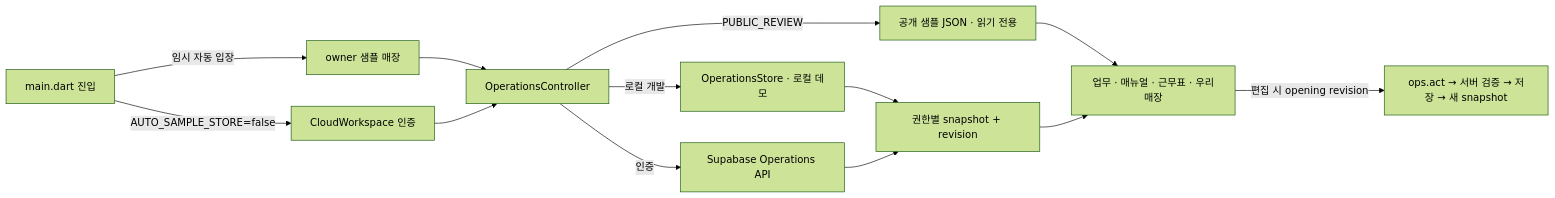
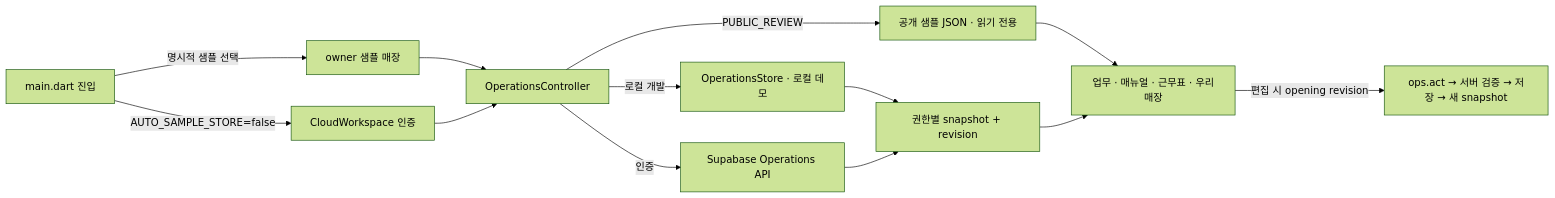
Before and after one commit to ljae/tap2work: the diagram in docs/UI_SETTINGS_RELATIONSHIP_MAP.md, drawn with Mermaid (forest theme). The commit also changed other lines of this file and 2 other files, not shown here.

````diff
--- a/docs/UI_SETTINGS_RELATIONSHIP_MAP.md
+++ b/docs/UI_SETTINGS_RELATIONSHIP_MAP.md
@@ -5,15 +5,15 @@
 ```mermaid
 flowchart LR
-  Entry[main.dart 진입] -->|임시 자동 입장| Sample[owner 샘플 매장]
+  Entry[main.dart 진입] -->|명시적 샘플 선택| Sample[owner 샘플 매장]
   Entry -->|AUTO_SAMPLE_STORE=false| Login[CloudWorkspace 인증]
   Sample --> Ops[OperationsController]
   Login --> Ops
   Ops -->|PUBLIC_REVIEW| JSON[공개 샘플 JSON · 읽기 전용]
   Ops -->|로컬 개발| Demo[OperationsStore · 로컬 데모]
   Ops -->|인증| Cloud[Supabase Operations API]
   Demo --> Projection[권한별 snapshot + revision]
   Cloud --> Projection
   JSON --> Screens[업무 · 매뉴얼 · 근무표 · 우리매장]
   Projection --> Screens
   Screens -->|편집 시 opening revision| Save[ops.act → 서버 검증 → 저장 → 새 snapshot]
 ```
````
